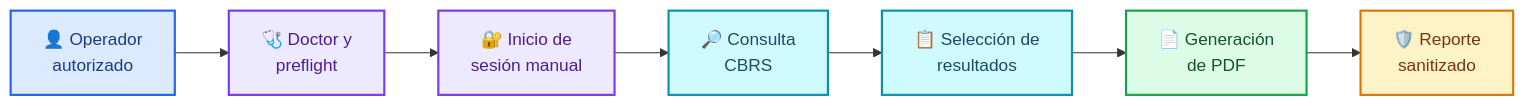
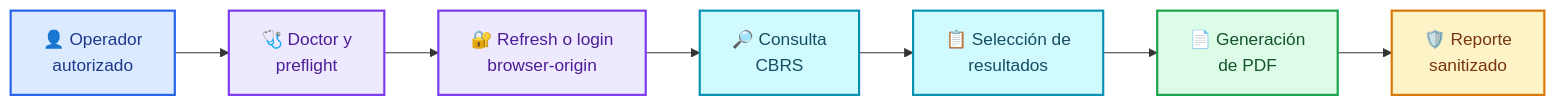
Before and after one commit to Cartterr/scrapper-portal-conservador: the first of 4 diagrams in README.md, drawn with Mermaid. The commit also changed other lines of this file and 55 other files, not shown here.

````diff
--- a/README.md
+++ b/README.md
@@ -36,21 +38,21 @@
 ```mermaid
 flowchart LR
     A["👤 Operador<br/>autorizado"] --> B["🩺 Doctor y<br/>preflight"]
-    B --> C["🔐 Inicio de<br/>sesión manual"]
+    B --> C["🔐 Refresh o login<br/>browser-origin"]
     C --> D["🔎 Consulta<br/>CBRS"]
     D --> E["📋 Selección de<br/>resultados"]
     E --> F["📄 Generación<br/>de PDF"]
     F --> G["🛡️ Reporte<br/>sanitizado"]
 
     classDef actor fill:#DBEAFE,stroke:#2563EB,color:#1E3A8A,stroke-width:2px;
     classDef control fill:#EDE9FE,stroke:#7C3AED,color:#4C1D95,stroke-width:2px;
     classDef operation fill:#CFFAFE,stroke:#0891B2,color:#164E63,stroke-width:2px;
     classDef result fill:#DCFCE7,stroke:#16A34A,color:#14532D,stroke-width:2px;
     classDef audit fill:#FEF3C7,stroke:#D97706,color:#78350F,stroke-width:2px;
 
     class A actor;
     class B,C control;
     class D,E operation;
     class F result;
     class G audit;
 ```
````
